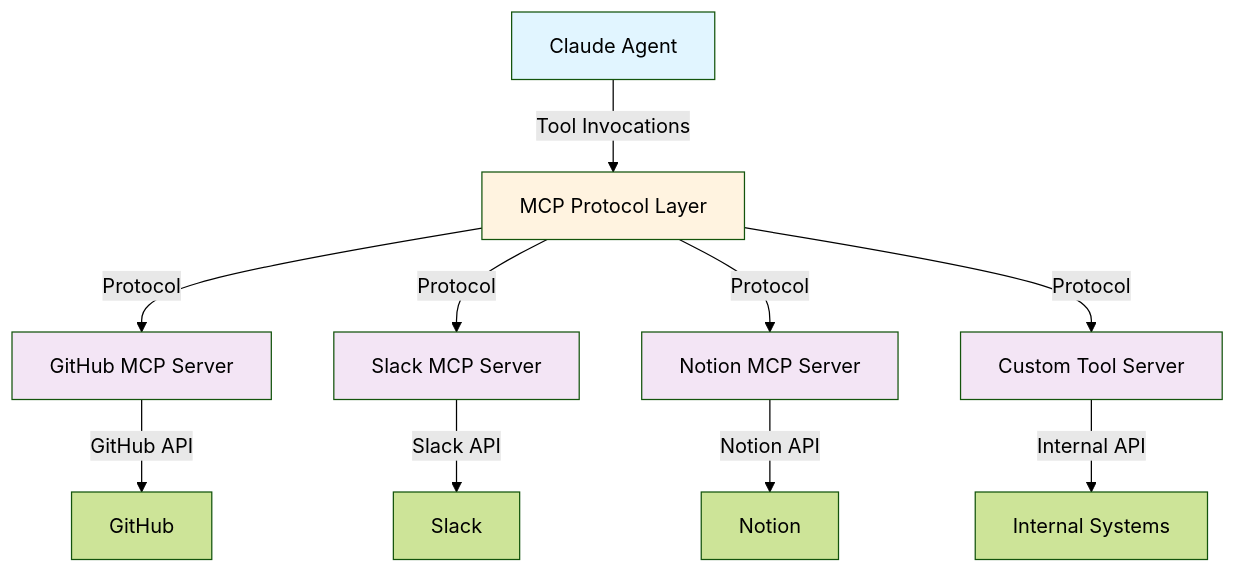
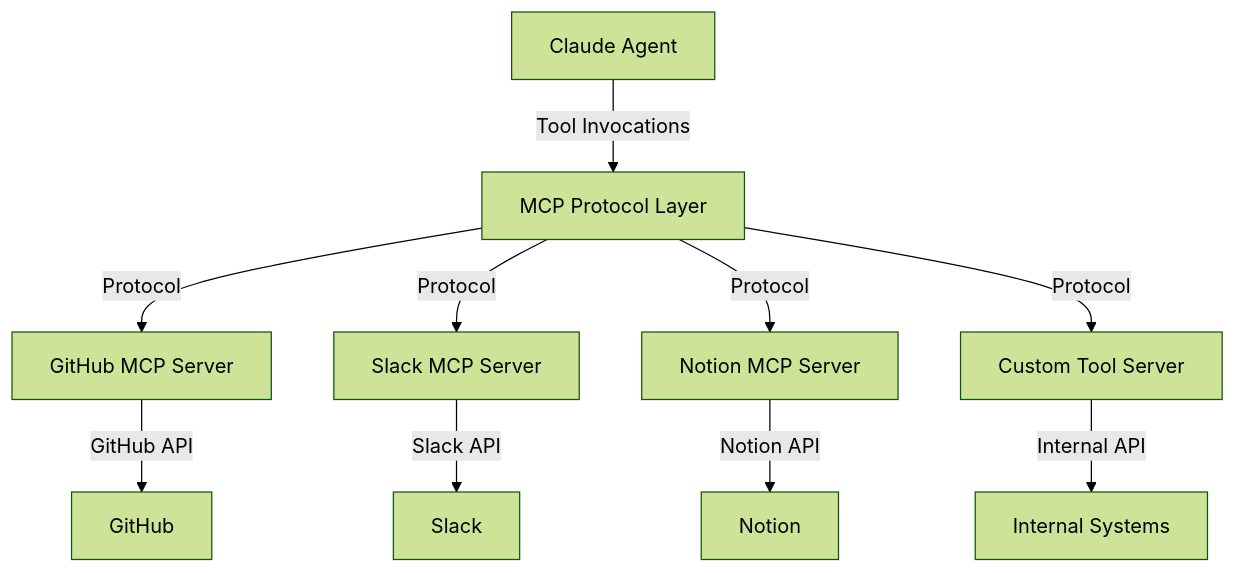
Before and after one commit to machinedge/building-effective-agents: diagram 15 of 21 in building-effective-agents.md, drawn with Mermaid (forest theme). The commit also changed other lines of this file, not shown here.

Commit message:
removed fill colors in mermaid diagrams

````diff
--- a/building-effective-agents.md
+++ b/building-effective-agents.md
@@ -1033,28 +998,21 @@
 ```mermaid
 graph TB
     Agent["Claude Agent"]
     MCP["MCP Protocol Layer"]
 
     Server1["GitHub MCP Server"]
     Server2["Slack MCP Server"]
     Server3["Notion MCP Server"]
     Custom["Custom Tool Server"]
 
     Agent -->|Tool Invocations| MCP
     MCP -->|Protocol| Server1
     MCP -->|Protocol| Server2
     MCP -->|Protocol| Server3
     MCP -->|Protocol| Custom
 
     Server1 -->|GitHub API| GH["GitHub"]
     Server2 -->|Slack API| Slack["Slack"]
     Server3 -->|Notion API| Notion["Notion"]
     Custom -->|Internal API| Internal["Internal Systems"]
-
-    style Agent fill:#e1f5ff
-    style MCP fill:#fff3e0
-    style Server1 fill:#f3e5f5
-    style Server2 fill:#f3e5f5
-    style Server3 fill:#f3e5f5
-    style Custom fill:#f3e5f5
 ```
````
